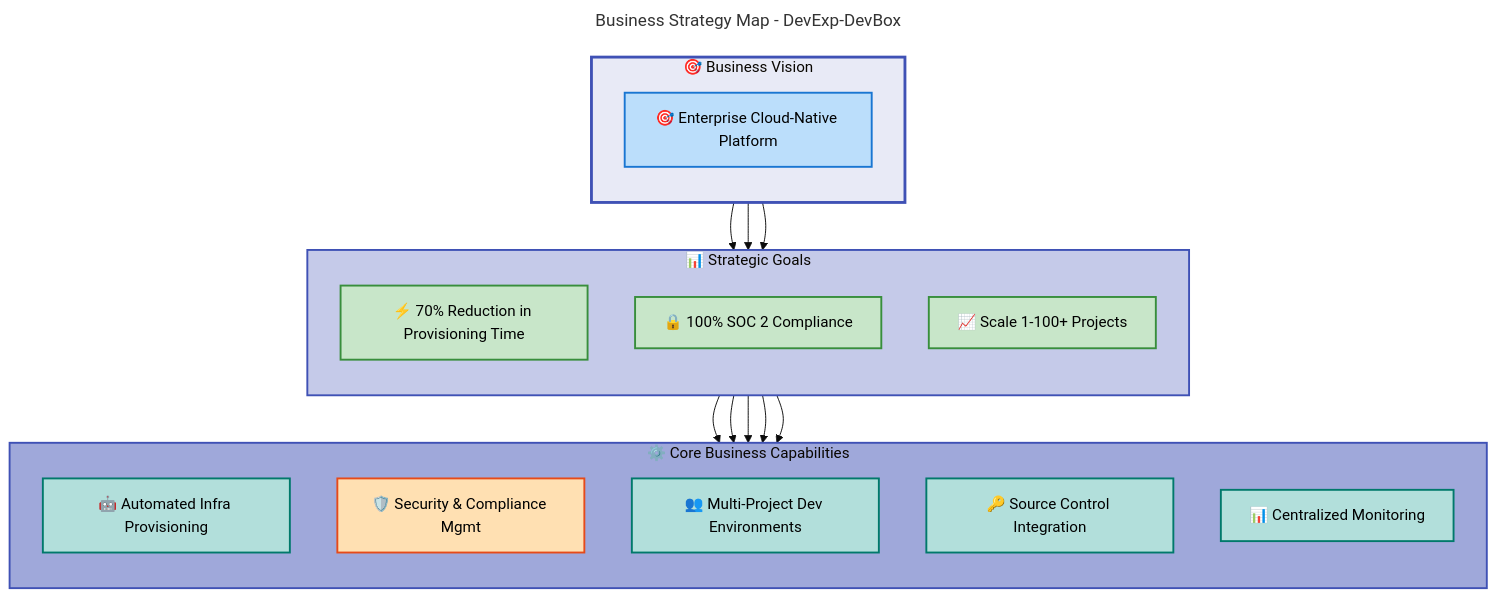
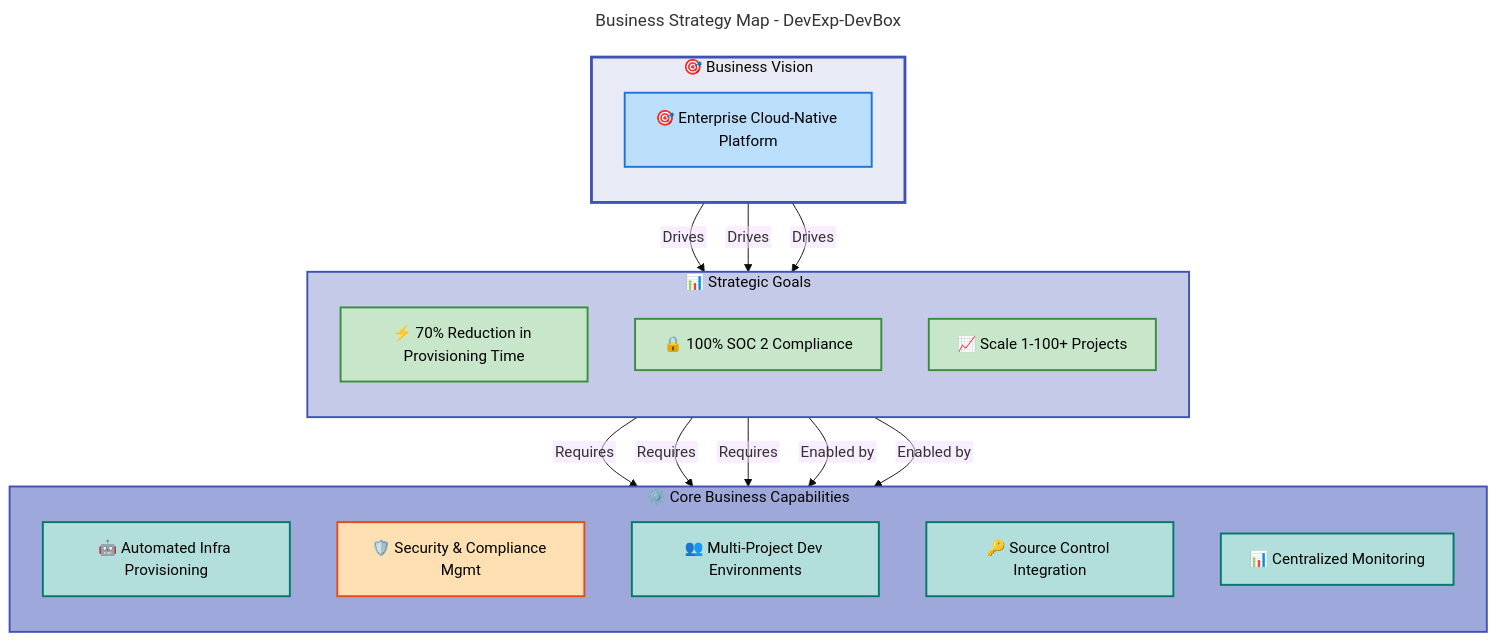
Before and after one commit to Evilazaro/DevExp-DevBox: the first of 5 diagrams in docs/Business-Architecture-BDAT.md, drawn with Mermaid. The commit also changed other lines of this file, not shown here.

Commit message:
Refine flowchart connections in Business Architecture Document for improved clarity and understanding

````diff
--- a/docs/Business-Architecture-BDAT.md
+++ b/docs/Business-Architecture-BDAT.md
@@ -102,61 +102,61 @@
 ```mermaid
 ---
 title: Business Strategy Map - DevExp-DevBox
 config:
   theme: base
   flowchart:
     htmlLabels: false
 ---
 flowchart TD
     accTitle: Business Strategy Map showing strategic objectives and enabling capabilities
     accDescr: Hierarchical view of business vision, strategic goals, and operational capabilities for DevExp-DevBox platform
 
     %% STANDARD COLOR SCHEME v2.1 - Material Design 3
     %% Hierarchical Colors (Structural Nesting)
     classDef level1Group fill:#E8EAF6,stroke:#3F51B5,stroke-width:3px,color:#000
     classDef level2Group fill:#C5CAE9,stroke:#3F51B5,stroke-width:2px,color:#000
     classDef level3Group fill:#9FA8DA,stroke:#3F51B5,stroke-width:2px,color:#000
 
     %% Semantic Colors (Functional Content - 100-level shades)
     classDef mdBlue fill:#BBDEFB,stroke:#1976D2,stroke-width:2px,color:#000
     classDef mdGreen fill:#C8E6C9,stroke:#388E3C,stroke-width:2px,color:#000
     classDef mdOrange fill:#FFE0B2,stroke:#E64A19,stroke-width:2px,color:#000
     classDef mdTeal fill:#B2DFDB,stroke:#00796B,stroke-width:2px,color:#000
     classDef mdYellow fill:#FFF9C4,stroke:#F57F17,stroke-width:2px,color:#000
 
     subgraph vision["🎯 Business Vision"]
         direction TB
         v1["🎯 Enterprise Cloud-Native Platform"]:::mdBlue
     end
 
     subgraph goals["📊 Strategic Goals"]
         direction TB
         g1["⚡ 70% Reduction in Provisioning Time"]:::mdGreen
         g2["🔒 100% SOC 2 Compliance"]:::mdGreen
         g3["📈 Scale 1-100+ Projects"]:::mdGreen
     end
 
     subgraph capabilities["⚙️ Core Business Capabilities"]
         direction TB
         c1["🤖 Automated Infra Provisioning"]:::mdTeal
         c2["🛡️ Security & Compliance Mgmt"]:::mdOrange
         c3["👥 Multi-Project Dev Environments"]:::mdTeal
         c4["🔑 Source Control Integration"]:::mdTeal
         c5["📊 Centralized Monitoring"]:::mdTeal
     end
 
-    v1 --> g1
-    v1 --> g2
-    v1 --> g3
-    g1 --> c1
-    g2 --> c2
-    g3 --> c3
-    g1 --> c4
-    g2 --> c5
+    v1 -->|"Drives"| g1
+    v1 -->|"Drives"| g2
+    v1 -->|"Drives"| g3
+    g1 -->|"Requires"| c1
+    g2 -->|"Requires"| c2
+    g3 -->|"Requires"| c3
+    g1 -->|"Enabled by"| c4
+    g2 -->|"Enabled by"| c5
 
     style vision fill:#E8EAF6,stroke:#3F51B5,stroke-width:3px
     style goals fill:#C5CAE9,stroke:#3F51B5,stroke-width:2px
     style capabilities fill:#9FA8DA,stroke:#3F51B5,stroke-width:2px
 
     %% Accessibility: WCAG AA verified (4.5:1 contrast ratio)
 ```
````
